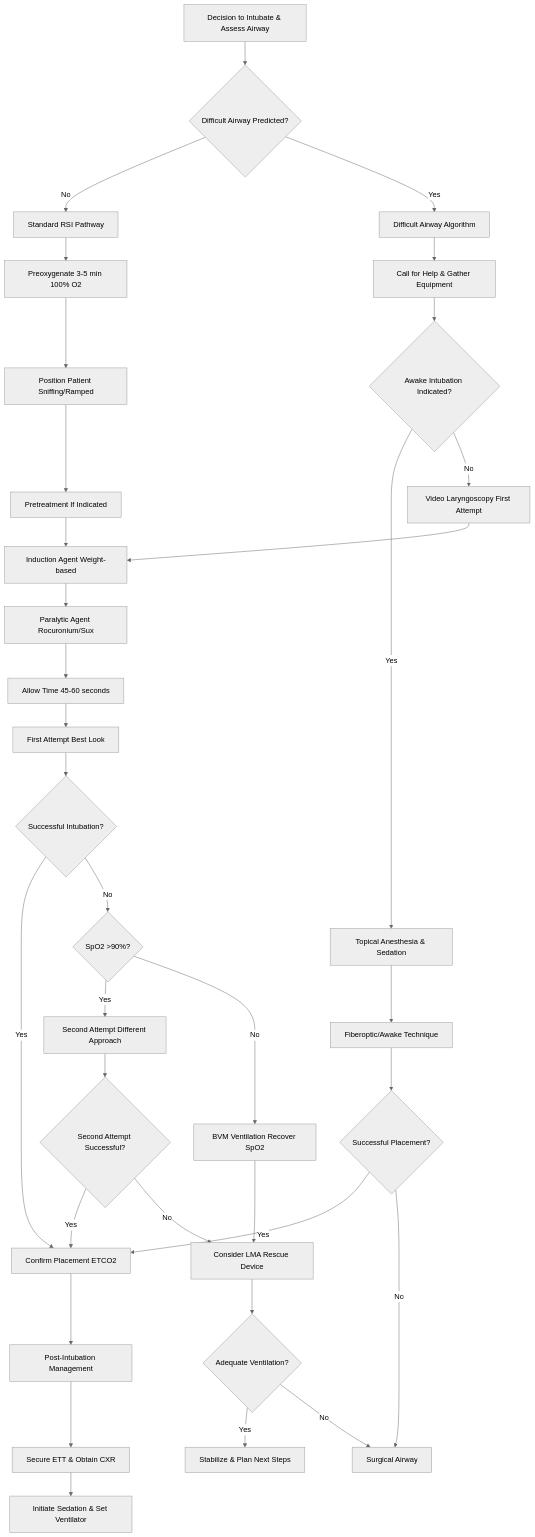
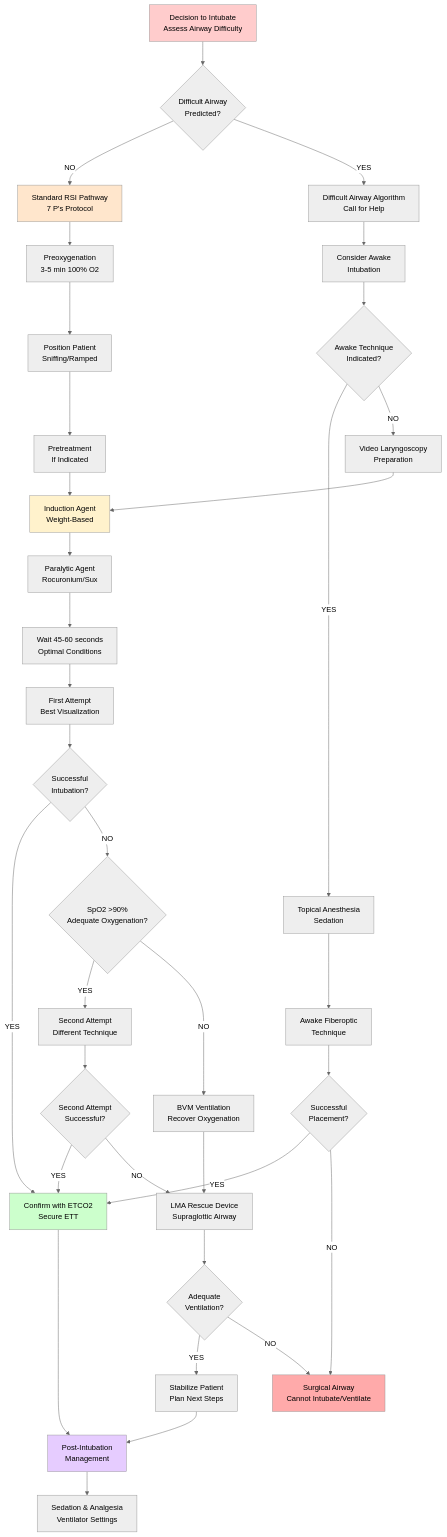
The diagram in Assets/RapidResponseCentralDocumentationVault/Protocols/Emergencies/RSI & Advanced Airway Protocol.md (bhavenmurji/RapidResponseCentral), drawn with Mermaid (neutral theme) before and after one commit. The commit also changed other lines of this file and 6438 other files, not shown here.

````diff
--- a/Assets/RapidResponseCentralDocumentationVault/Protocols/Emergencies/RSI & Advanced Airway Protocol.md
+++ b/Assets/RapidResponseCentralDocumentationVault/Protocols/Emergencies/RSI & Advanced Airway Protocol.md
@@ -112,68 +11,61 @@
-```mermaid
+~~~mermaid
 graph TD
-    A[Decision to Intubate & Assess Airway]
-    B{Difficult Airway Predicted?}
-    C[Standard RSI Pathway]
-    D[Difficult Airway Algorithm]
-    E[Preoxygenate 3-5 min 100% O2]
-    F[Call for Help & Gather Equipment]
-    G[Position Patient Sniffing/Ramped]
-    H{Awake Intubation Indicated?}
-    I[Pretreatment If Indicated]
-    J[Topical Anesthesia & Sedation]
-    K[Video Laryngoscopy First Attempt]
-    L[Induction Agent Weight-based]
-    M[Fiberoptic/Awake Technique]
-    N[Paralytic Agent Rocuronium/Sux]
-    O{Successful Placement?}
-    P[Allow Time 45-60 seconds]
-    Q[Confirm Placement ETCO2]
-    R[Surgical Airway]
-    S[First Attempt Best Look]
-    T{Successful Intubation?}
-    U{SpO2 >90%?}
-    V[Second Attempt Different Approach]
-    W[BVM Ventilation Recover SpO2]
-    X{Second Attempt Successful?}
-    Y[Consider LMA Rescue Device]
-    Z{Adequate Ventilation?}
-    AA[Stabilize & Plan Next Steps]
-    AB[Post-Intubation Management]
-    AC[Secure ETT & Obtain CXR]
-    AD[Initiate Sedation & Set Ventilator]
-
-    A --> B
-    B -- No --> C
-    B -- Yes --> D
-    C --> E
-    D --> F
-    E --> G
-    F --> H
-    G --> I
-    H -- Yes --> J
-    H -- No --> K
-    I --> L
-    J --> M
+    A["Decision to Intubate<br/>Assess Airway Difficulty"] --> B{"Difficult Airway<br/>Predicted?"}
+    
+    B -->|NO| C["Standard RSI Pathway<br/>7 P's Protocol"]
+    B -->|YES| D["Difficult Airway Algorithm<br/>Call for Help"]
+    
+    C --> E["Preoxygenation<br/>3-5 min 100% O2"]
+    D --> F["Consider Awake<br/>Intubation"]
+    
+    E --> G["Position Patient<br/>Sniffing/Ramped"]
+    F --> H{"Awake Technique<br/>Indicated?"}
+    
+    G --> I["Pretreatment<br/>If Indicated"]
+    H -->|YES| J["Topical Anesthesia<br/>Sedation"]
+    H -->|NO| K["Video Laryngoscopy<br/>Preparation"]
+    
+    I --> L["Induction Agent<br/>Weight-Based"]
+    J --> M["Awake Fiberoptic<br/>Technique"]
     K --> L
-    L --> N
-    M --> O
-    N --> P
-    O -- Yes --> Q
-    O -- No --> R
-    P --> S
-    S --> T
-    T -- Yes --> Q
-    T -- No --> U
-    U -- Yes --> V
-    U -- No --> W
-    V --> X
-    W --> Y
-    X -- Yes --> Q
-    X -- No --> Y
-    Y --> Z
-    Z -- Yes --> AA
-    Z -- No --> R
-    Q --> AB
-    AB --> AC
-    AC --> AD
-```
+    
+    L --> N["Paralytic Agent<br/>Rocuronium/Sux"]
+    M --> O{"Successful<br/>Placement?"}
+    
+    N --> P["Wait 45-60 seconds<br/>Optimal Conditions"]
+    O -->|YES| Q["Confirm with ETCO2<br/>Secure ETT"]
+    
+    P --> R["First Attempt<br/>Best Visualization"]
+    O -->|NO| S["Surgical Airway<br/>Cannot Intubate/Ventilate"]
+    
+    R --> T{"Successful<br/>Intubation?"}
+    
+    T -->|YES| Q
+    T -->|NO| U{"SpO2 >90%<br/>Adequate Oxygenation?"}
+    
+    U -->|YES| V["Second Attempt<br/>Different Technique"]
+    U -->|NO| W["BVM Ventilation<br/>Recover Oxygenation"]
+    
+    V --> X{"Second Attempt<br/>Successful?"}
+    W --> Y["LMA Rescue Device<br/>Supraglottic Airway"]
+    
+    X -->|YES| Q
+    X -->|NO| Y
+    
+    Y --> Z{"Adequate<br/>Ventilation?"}
+    
+    Z -->|YES| AA["Stabilize Patient<br/>Plan Next Steps"]
+    Z -->|NO| S
+    
+    Q --> BB["Post-Intubation<br/>Management"]
+    AA --> BB
+    
+    BB --> CC["Sedation & Analgesia<br/>Ventilator Settings"]
+    
+    style A fill:#ffcccc
+    style C fill:#ffe6cc
+    style L fill:#fff2cc
+    style Q fill:#ccffcc
+    style S fill:#ffaaaa
+    style BB fill:#e6ccff
+~~~
````
